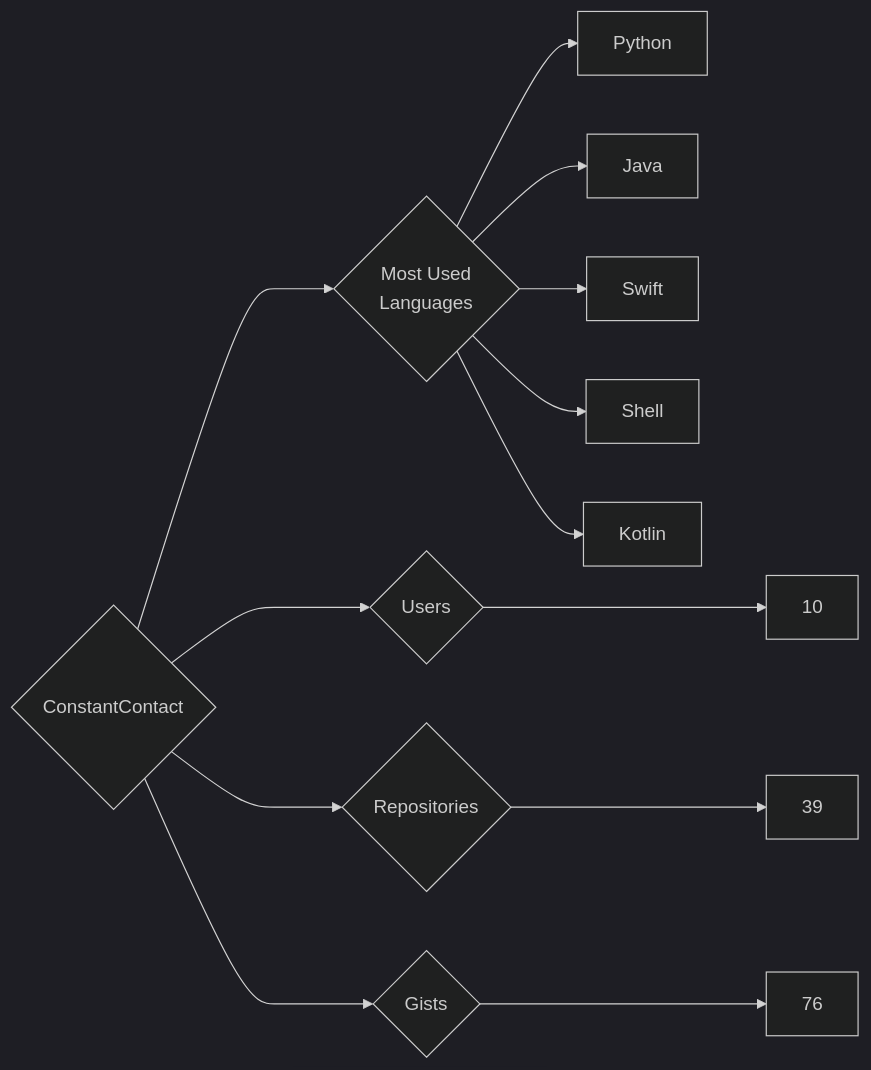
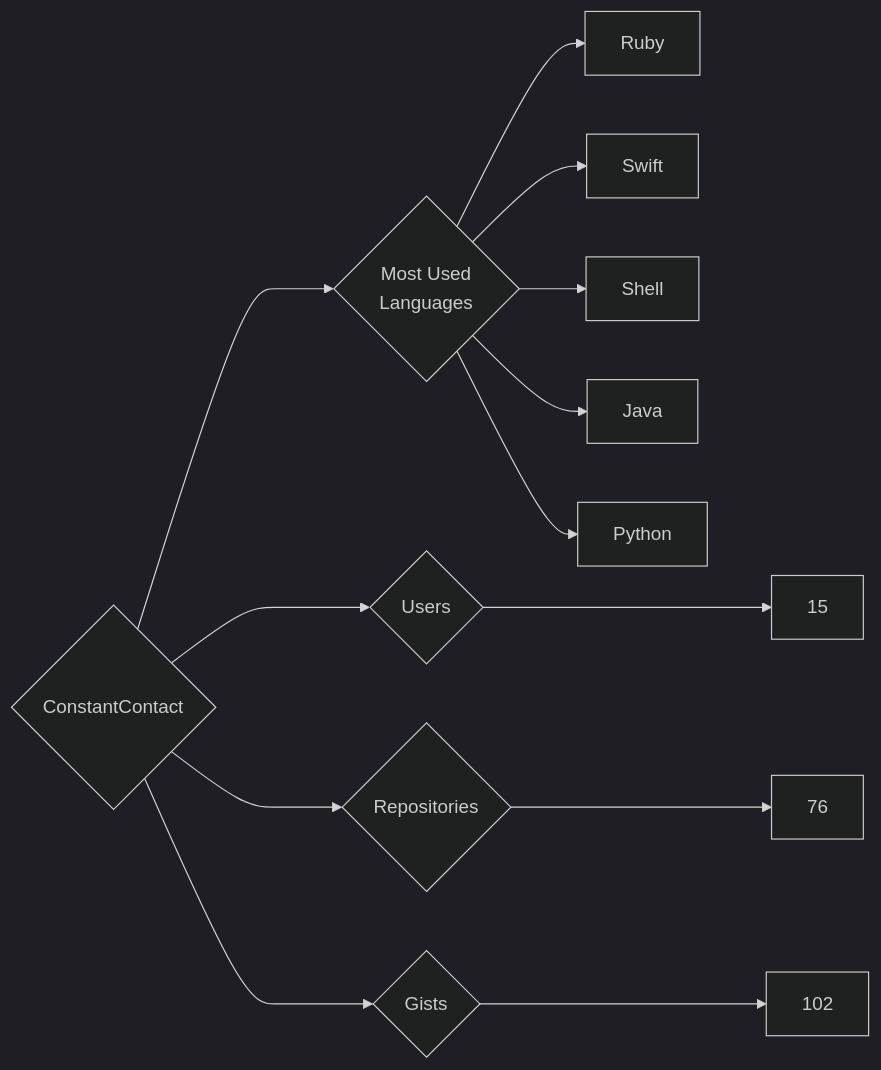
Before and after one commit to trickest/insiders: the diagram in targets/ConstantContact/README.md, drawn with Mermaid (dark theme). The commit also changed 1238 other files, not shown here.

````diff
--- a/targets/ConstantContact/README.md
+++ b/targets/ConstantContact/README.md
@@ -3,13 +3,13 @@
 ```mermaid
 graph LR
 COMPANY_NAME{ConstantContact}
-COMPANY_NAME ---> U{Users} ---> UN[10]
-COMPANY_NAME ---> R{Repositories} ---> RN[39]
-COMPANY_NAME ---> G{Gists} ---> GN[76]
+COMPANY_NAME ---> U{Users} ---> UN[15]
+COMPANY_NAME ---> R{Repositories} ---> RN[76]
+COMPANY_NAME ---> G{Gists} ---> GN[102]
 COMPANY_NAME ---> ML{Most Used<br>Languages}
-ML --> Python[Python]
-ML --> Java[Java]
+ML --> Ruby[Ruby]
 ML --> Swift[Swift]
 ML --> Shell[Shell]
-ML --> Kotlin[Kotlin]
+ML --> Java[Java]
+ML --> Python[Python]
 ```
````
